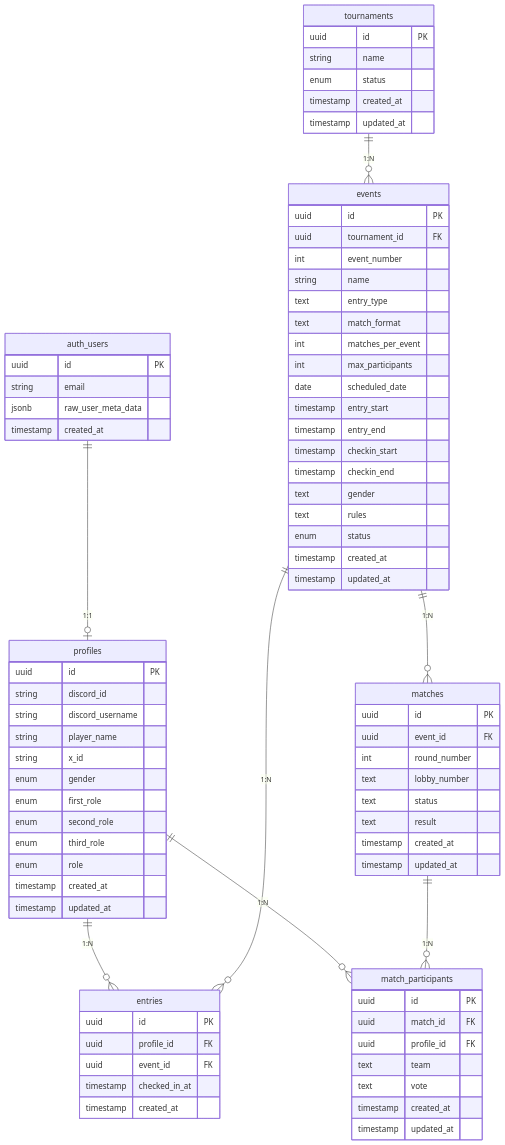
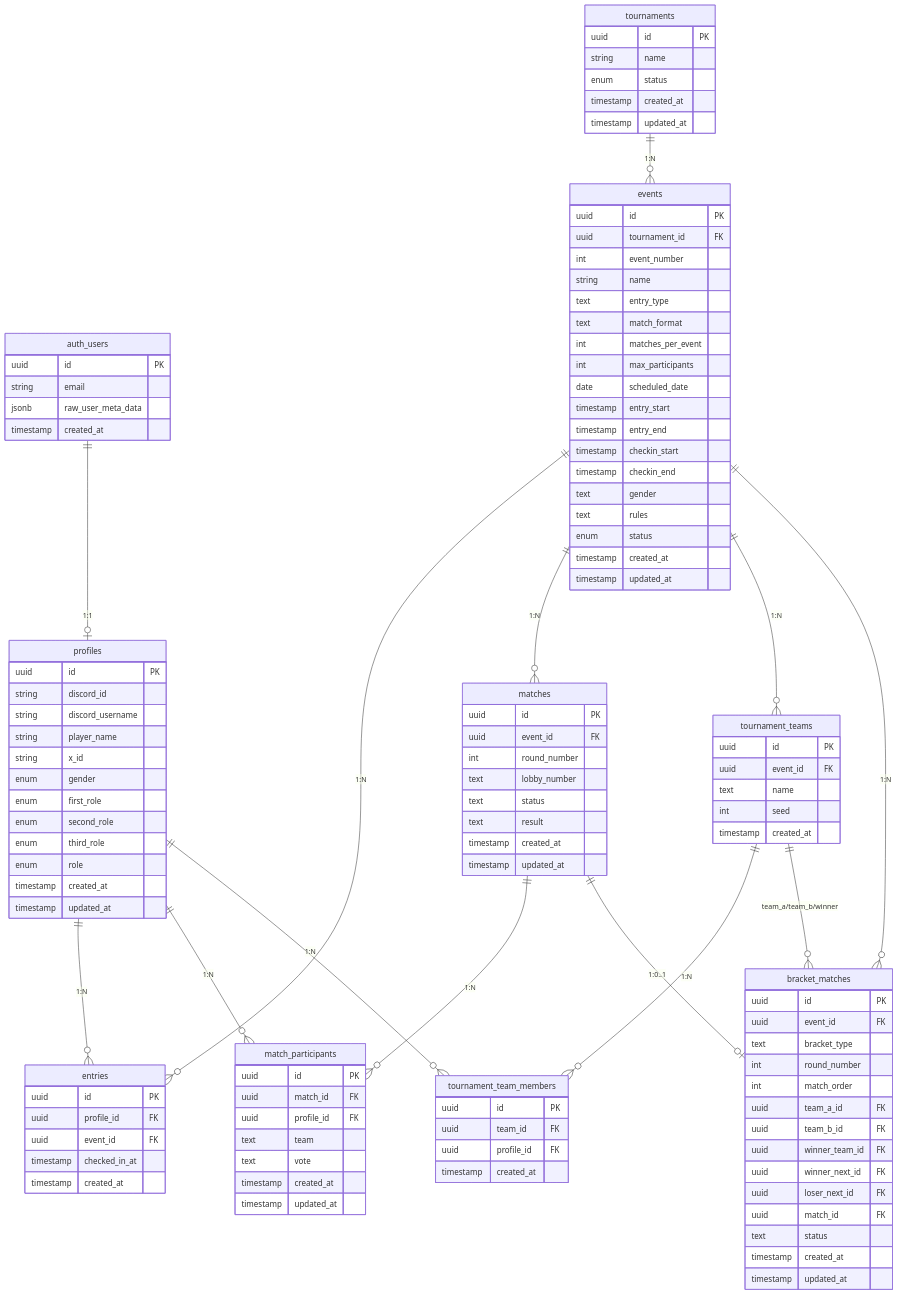
Before and after one commit to juv-shun/JiroRimi: the diagram in docs/database_design.md, drawn with Mermaid. The commit also changed other lines of this file and 2 other files, not shown here.

First line of the commit message:
GF関連テーブル(tournament_teams, tournament_team_members, bracket_matches)追加・RLS設定

````diff
--- a/docs/database_design.md
+++ b/docs/database_design.md
@@ -11,10 +11,16 @@
     auth_users ||--o| profiles : "1:1"
     profiles ||--o{ entries : "1:N"
     profiles ||--o{ match_participants : "1:N"
+    profiles ||--o{ tournament_team_members : "1:N"
     tournaments ||--o{ events : "1:N"
     events ||--o{ entries : "1:N"
     events ||--o{ matches : "1:N"
+    events ||--o{ tournament_teams : "1:N"
+    events ||--o{ bracket_matches : "1:N"
     matches ||--o{ match_participants : "1:N"
+    matches ||--o| bracket_matches : "1:0..1"
+    tournament_teams ||--o{ tournament_team_members : "1:N"
+    tournament_teams ||--o{ bracket_matches : "team_a/team_b/winner"
 
     auth_users {
         uuid id PK
@@ -95,4 +101,36 @@
         timestamp created_at
         timestamp updated_at
     }
+
+    tournament_teams {
+        uuid id PK
+        uuid event_id FK
+        text name
+        int seed
+        timestamp created_at
+    }
+
+    tournament_team_members {
+        uuid id PK
+        uuid team_id FK
+        uuid profile_id FK
+        timestamp created_at
+    }
+
+    bracket_matches {
+        uuid id PK
+        uuid event_id FK
+        text bracket_type
+        int round_number
+        int match_order
+        uuid team_a_id FK
+        uuid team_b_id FK
+        uuid winner_team_id FK
+        uuid winner_next_id FK
+        uuid loser_next_id FK
+        uuid match_id FK
+        text status
+        timestamp created_at
+        timestamp updated_at
+    }
 ```
````
